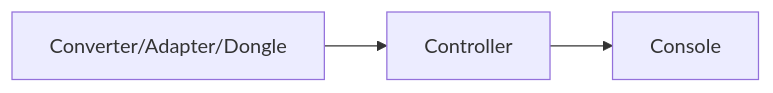
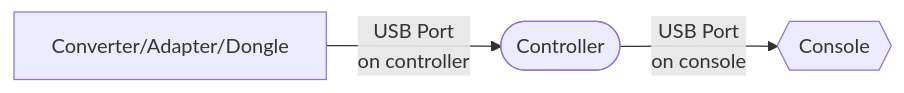
The first of 2 diagrams in docs/faq/faq-console-compatibility.mdx (OpenStickCommunity/Site), drawn with Mermaid before and after one commit. The commit also changed other lines of this file and 1 other file, not shown here.

Commit message:
Add notes to passthrough flow chart

````diff
--- a/docs/faq/faq-console-compatibility.mdx
+++ b/docs/faq/faq-console-compatibility.mdx
@@ -26,4 +26,4 @@
 ```mermaid
 graph LR
-Converter/Adapter/Dongle --> Controller --> Console
+Converter/Adapter/Dongle -- USB Port <br> on controller --> Controller([Controller]) -- USB Port <br> on console --> Console{{Console}}
 ```
````
